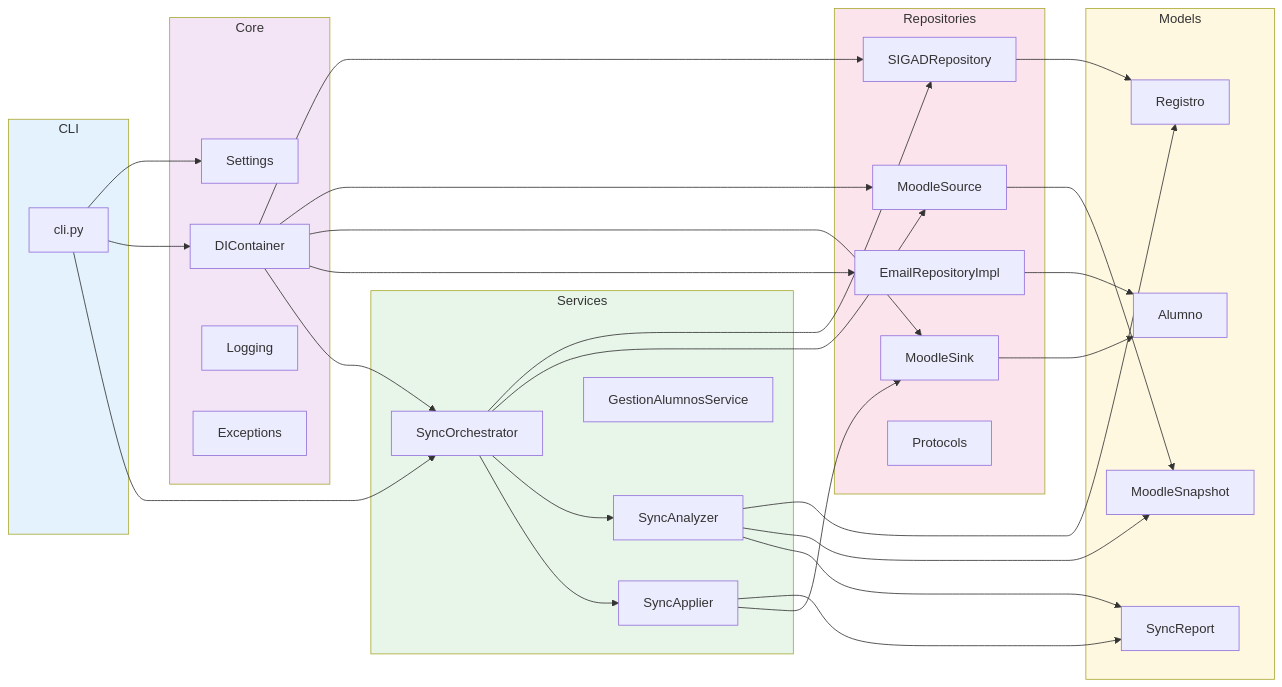
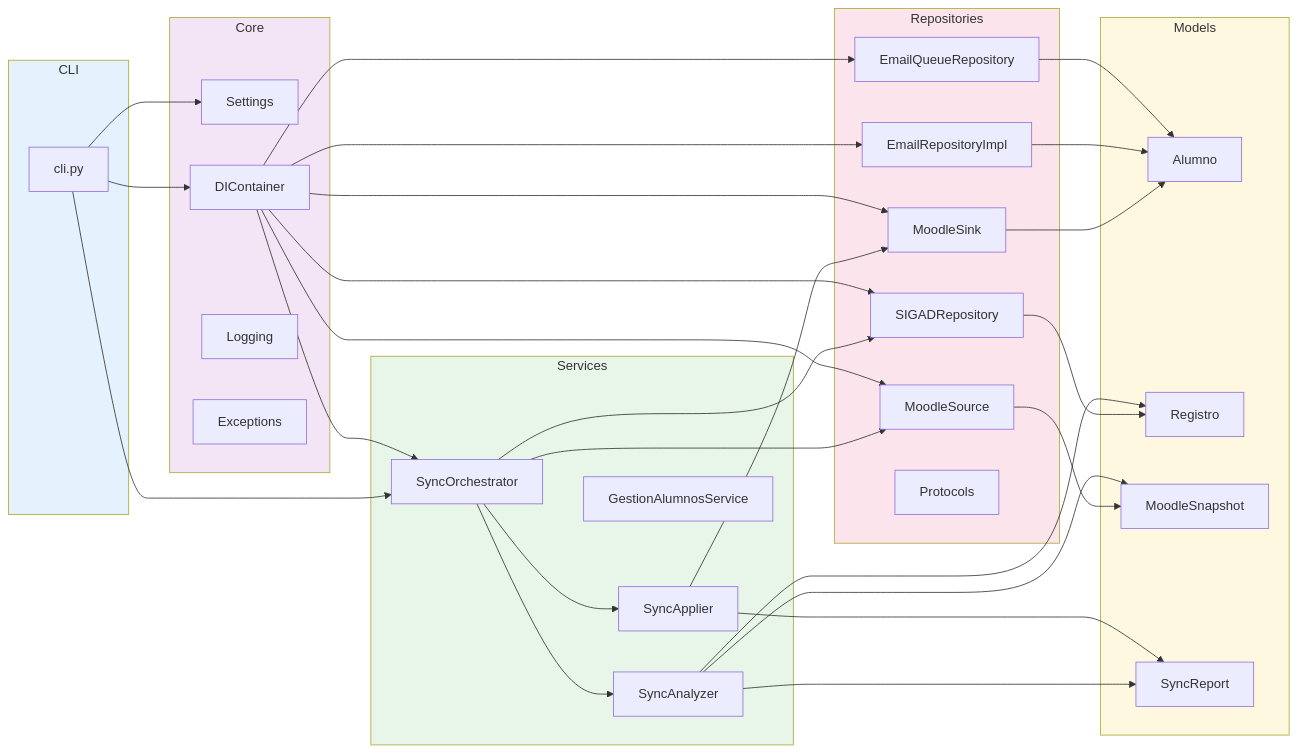
One commit to FPVirtual/fp-virtual-gestion-alumnos changed diagram 13 of 13 in docus/flujos.md. Above: the diagram before and after it, drawn with Mermaid. The commit also changed other lines of this file and 4 other files, not shown here.

````diff
--- a/docus/flujos.md
+++ b/docus/flujos.md
@@ -380,67 +466,70 @@
 ```mermaid
 graph LR
     subgraph Models
         A1[Alumno]
         A2[Registro]
         A3[MoodleSnapshot]
         A4[SyncReport]
     end
 
     subgraph Core
         B1[Settings]
         B2[DIContainer]
         B3[Logging]
         B4[Exceptions]
     end
 
     subgraph Repositories
         C1[SIGADRepository]
         C2[MoodleSource]
         C3[MoodleSink]
         C4[EmailRepositoryImpl]
-        C5[Protocols]
+        C5[EmailQueueRepository]
+        C6[Protocols]
     end
 
     subgraph Services
         D1[SyncOrchestrator]
         D2[SyncAnalyzer]
         D3[SyncApplier]
         D4[GestionAlumnosService]
     end
 
     subgraph CLI
         E1[cli.py]
     end
 
     C1 --> A2
     C2 --> A3
     C3 --> A1
     C4 --> A1
+    C5 --> A1
 
     D2 --> A2
     D2 --> A3
     D2 --> A4
     D3 --> A4
     D3 --> C3
 
     D1 --> C1
     D1 --> C2
     D1 --> D2
     D1 --> D3
 
     E1 --> B1
     E1 --> B2
     E1 --> D1
 
     B2 --> C1
     B2 --> C2
     B2 --> C3
     B2 --> C4
+    B2 --> C5
     B2 --> D1
 
     style Models fill:#fff8e1
     style Core fill:#f3e5f5
     style Repositories fill:#fce4ec
     style Services fill:#e8f5e9
     style CLI fill:#e3f2fd
 ```
````
